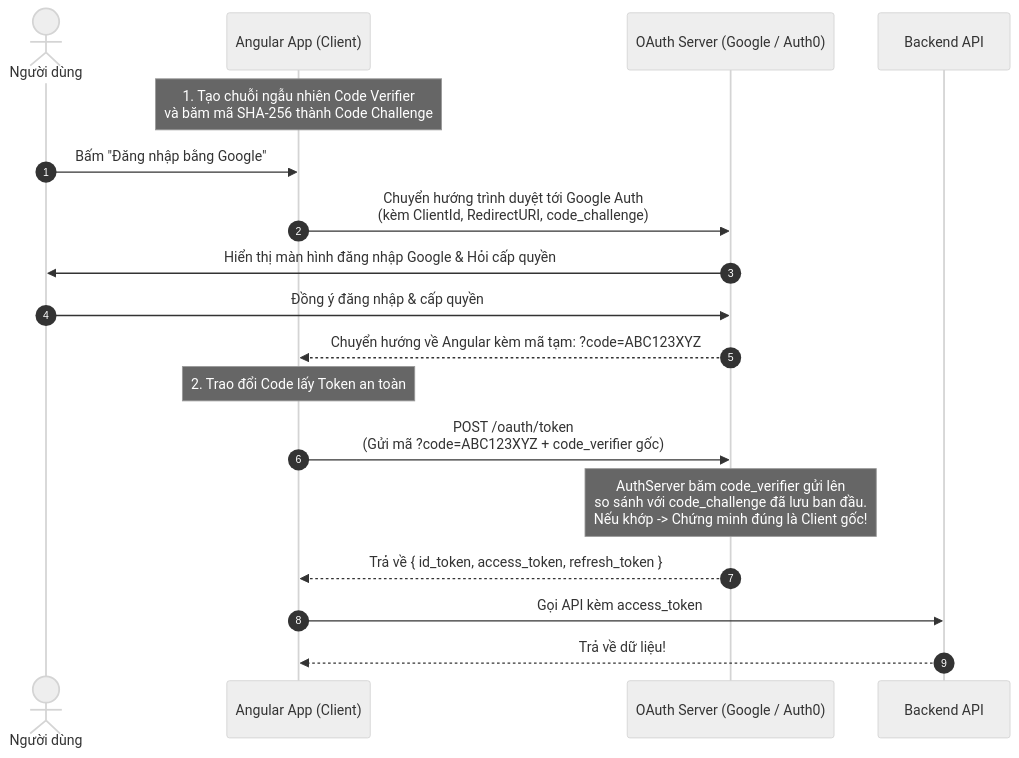
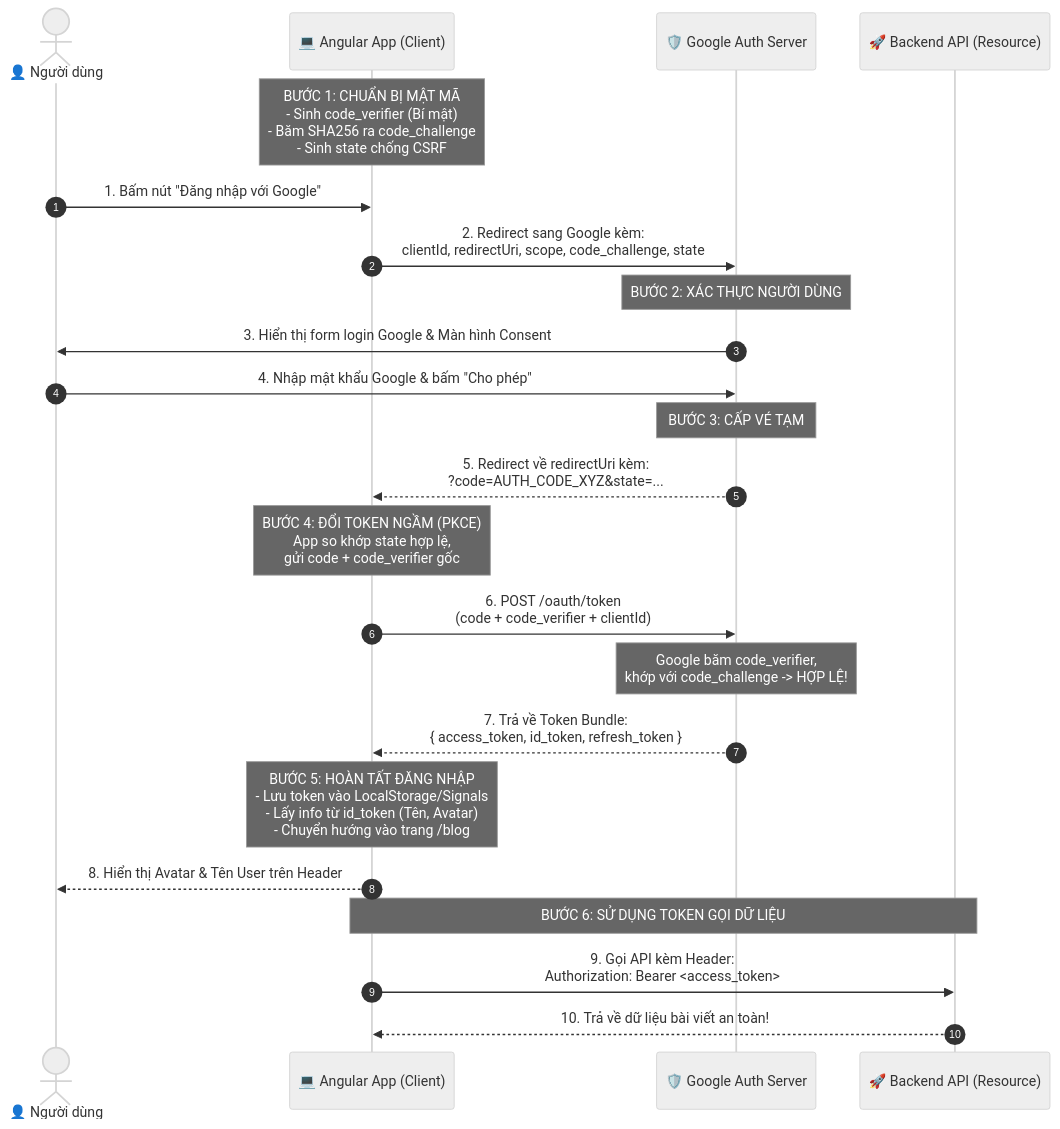
Before and after one commit to congphu97/dev-blog-client-2.0: the third of 4 diagrams in dev-blog-client/docs/AUTH0_OAUTH2_JWT_GUIDE.md, drawn with Mermaid (neutral theme). The commit also changed other lines of this file, not shown here.

````diff
--- a/dev-blog-client/docs/AUTH0_OAUTH2_JWT_GUIDE.md
+++ b/dev-blog-client/docs/AUTH0_OAUTH2_JWT_GUIDE.md
@@ -194,28 +234,31 @@
 ```mermaid
 sequenceDiagram
     autonumber
-    actor User as Người dùng
-    participant Browser as Angular App (Client)
-    participant AuthServer as OAuth Server (Google / Auth0)
-    participant API as Backend API
+    actor User as 👤 Người dùng
+    participant App as 💻 Angular App (Client)
+    participant Google as 🛡️ Google Auth Server
+    participant API as 🚀 Backend API (Resource)
 
-    Note over Browser: 1. Tạo chuỗi ngẫu nhiên Code Verifier<br/>và băm mã SHA-256 thành Code Challenge
+    Note over App: BƯỚC 1: CHUẨN BỊ MẬT MÃ<br/>- Sinh code_verifier (Bí mật)<br/>- Băm SHA256 ra code_challenge<br/>- Sinh state chống CSRF
+    User->>App: 1. Bấm nút "Đăng nhập với Google"
+    App->>Google: 2. Redirect sang Google kèm:<br/>clientId, redirectUri, scope, code_challenge, state
 
-    User->>Browser: Bấm "Đăng nhập bằng Google"
-    Browser->>AuthServer: Chuyển hướng trình duyệt tới Google Auth<br/>(kèm ClientId, RedirectURI, code_challenge)
-    
-    AuthServer->>User: Hiển thị màn hình đăng nhập Google & Hỏi cấp quyền
-    User->>AuthServer: Đồng ý đăng nhập & cấp quyền
-    
-    AuthServer-->>Browser: Chuyển hướng về Angular kèm mã tạm: ?code=ABC123XYZ
-    
-    Note over Browser: 2. Trao đổi Code lấy Token an toàn
-    Browser->>AuthServer: POST /oauth/token <br/>(Gửi mã ?code=ABC123XYZ + code_verifier gốc)
-    
-    Note over AuthServer: AuthServer băm code_verifier gửi lên<br/>so sánh với code_challenge đã lưu ban đầu.<br/>Nếu khớp -> Chứng minh đúng là Client gốc!
-    
-    AuthServer-->>Browser: Trả về { id_token, access_token, refresh_token }
-    
-    Browser->>API: Gọi API kèm access_token
-    API-->>Browser: Trả về dữ liệu!
+    Note over Google: BƯỚC 2: XÁC THỰC NGƯỜI DÙNG
+    Google->>User: 3. Hiển thị form login Google & Màn hình Consent
+    User->>Google: 4. Nhập mật khẩu Google & bấm "Cho phép"
+
+    Note over Google: BƯỚC 3: CẤP VÉ TẠM
+    Google-->>App: 5. Redirect về redirectUri kèm:<br/>?code=AUTH_CODE_XYZ&state=...
+
+    Note over App: BƯỚC 4: ĐỔI TOKEN NGẦM (PKCE)<br/>App so khớp state hợp lệ,<br/>gửi code + code_verifier gốc
+    App->>Google: 6. POST /oauth/token<br/>(code + code_verifier + clientId)
+    Note over Google: Google băm code_verifier,<br/>khớp với code_challenge -> HỢP LỆ!
+    Google-->>App: 7. Trả về Token Bundle:<br/>{ access_token, id_token, refresh_token }
+
+    Note over App: BƯỚC 5: HOÀN TẤT ĐĂNG NHẬP<br/>- Lưu token vào LocalStorage/Signals<br/>- Lấy info từ id_token (Tên, Avatar)<br/>- Chuyển hướng vào trang /blog
+    App-->>User: 8. Hiển thị Avatar & Tên User trên Header
+
+    Note over App,API: BƯỚC 6: SỬ DỤNG TOKEN GỌI DỮ LIỆU
+    App->>API: 9. Gọi API kèm Header:<br/>Authorization: Bearer <access_token>
+    API-->>App: 10. Trả về dữ liệu bài viết an toàn!
 ```
````
